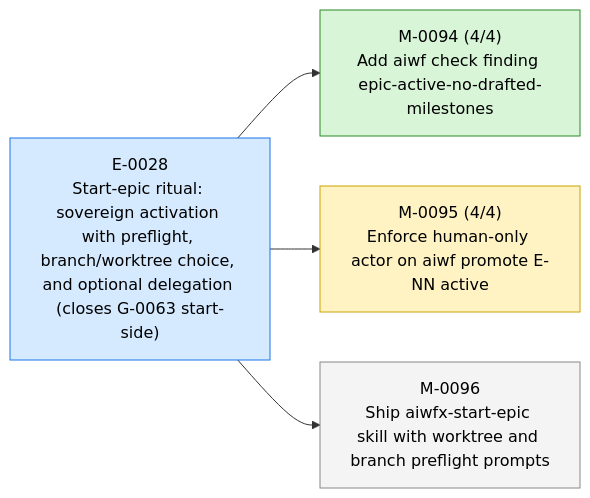
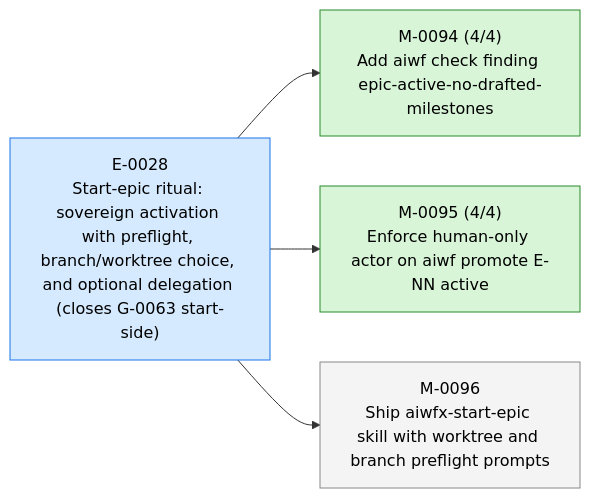
Before and after one commit to 23min/aiwf: the first of 3 diagrams in STATUS.md, drawn with Mermaid. The commit also changed other lines of this file and 1 other file, not shown here.

First line of the commit message:
aiwf promote M-0095 in_progress -> done

````diff
--- a/STATUS.md
+++ b/STATUS.md
@@ -15,16 +15,16 @@
 ```mermaid
 flowchart LR
   E_0028["E-0028<br/>Start-epic ritual: sovereign activation with preflight, branch/worktree choice, and optional delegation (closes G-0063 start-side)"]:::epic_active
   M_0094["M-0094 (4/4)<br/>Add aiwf check finding epic-active-no-drafted-milestones"]:::ms_done
   E_0028 --> M_0094
-  M_0095["M-0095 (4/4)<br/>Enforce human-only actor on aiwf promote E-NN active"]:::ms_in_progress
+  M_0095["M-0095 (4/4)<br/>Enforce human-only actor on aiwf promote E-NN active"]:::ms_done
   E_0028 --> M_0095
   M_0096["M-0096<br/>Ship aiwfx-start-epic skill with worktree and branch preflight prompts"]:::ms_draft
   E_0028 --> M_0096
   classDef epic_active fill:#d6eaff,stroke:#1a73e8,color:#000
   classDef epic_proposed fill:#f4f4f4,stroke:#888,color:#000
   classDef ms_done fill:#d8f5d8,stroke:#2a8a2a,color:#000
   classDef ms_in_progress fill:#fff3c4,stroke:#caa400,color:#000
   classDef ms_draft fill:#f4f4f4,stroke:#888,color:#000
   classDef ms_cancelled fill:#fbeaea,stroke:#c33,color:#000
 ```
````
